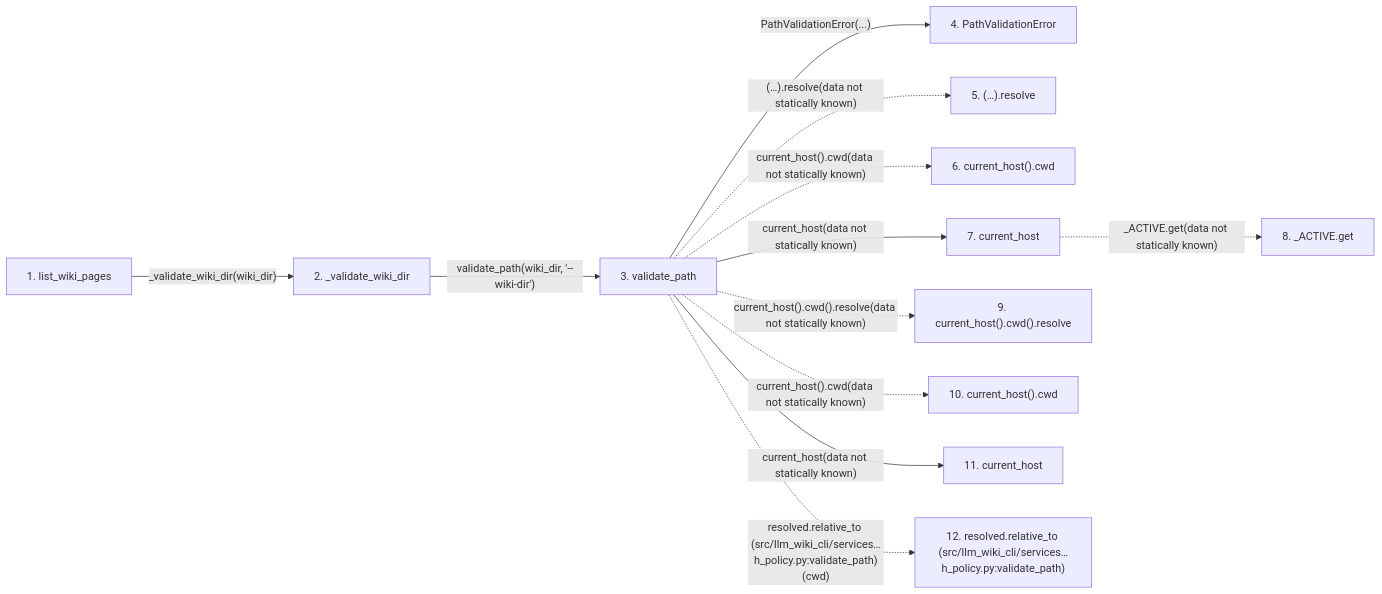
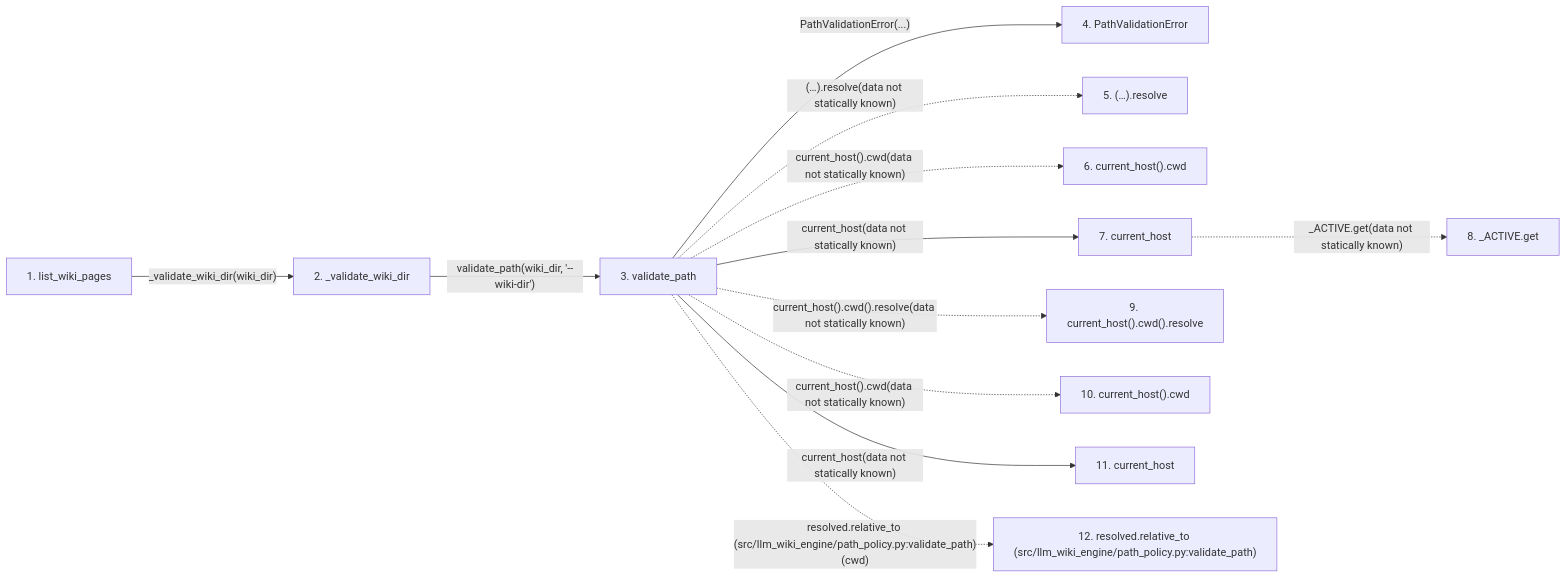
The second of 2 diagrams in docs/llm_wiki/flows/api-list_wiki_pages.md (Denissvgn/python-wiki-llm), drawn with Mermaid before and after one commit. The commit also changed other lines of this file and 739 other files, not shown here.

First line of the commit message:
docs: refresh the wiki for the second engine batch

````diff
--- a/docs/llm_wiki/flows/api-list_wiki_pages.md
+++ b/docs/llm_wiki/flows/api-list_wiki_pages.md
@@ -127,32 +127,32 @@
 ```mermaid
 flowchart LR
     s1["1. list_wiki_pages"]
     s2["2. _validate_wiki_dir"]
     s3["3. validate_path"]
     s4["4. PathValidationError"]
     s5["5. (…).resolve"]
     s6["6. current_host().cwd"]
     s7["7. current_host"]
     s8["8. _ACTIVE.get"]
     s9["9. current_host().cwd().resolve"]
     s10["10. current_host().cwd"]
     s11["11. current_host"]
-    s12["12. resolved.relative_to (src/llm_wiki_cli/services…h_policy.py:validate_path)"]
+    s12["12. resolved.relative_to (src/llm_wiki_engine/path_policy.py:validate_path)"]
     s1 -->|"_validate_wiki_dir(wiki_dir)"| s2
     s2 -->|"validate_path(wiki_dir, '--wiki-dir')"| s3
     s3 -->|"PathValidationError(...)"| s4
     s3 -. "(…).resolve(data not statically known)" .-> s5
     s3 -. "current_host().cwd(data not statically known)" .-> s6
     s3 -->|"current_host(data not statically known)"| s7
     s7 -. "_ACTIVE.get(data not statically known)" .-> s8
     s3 -. "current_host().cwd().resolve(data not statically known)" .-> s9
     s3 -. "current_host().cwd(data not statically known)" .-> s10
     s3 -->|"current_host(data not statically known)"| s11
-    s3 -. "resolved.relative_to (src/llm_wiki_cli/services…h_policy.py:validate_path)(cwd)" .-> s12
+    s3 -. "resolved.relative_to (src/llm_wiki_engine/path_policy.py:validate_path)(cwd)" .-> s12
     click s1 "../modules/api.md"
     click s2 "../modules/api.md"
     click s3 "../modules/path_policy.md"
     click s4 "../modules/path_policy.md"
     click s7 "../modules/host.md"
     click s11 "../modules/host.md"
 ```
````
